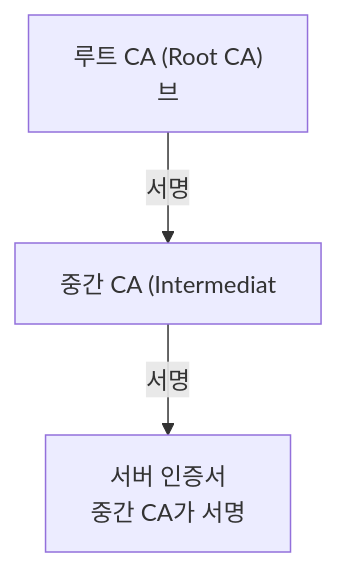
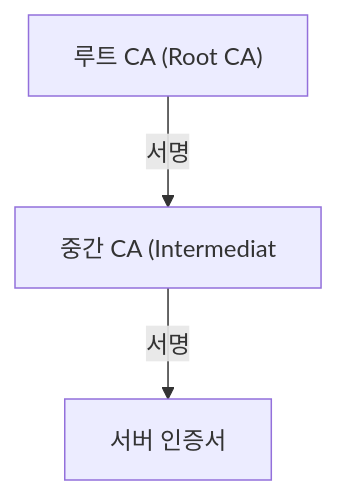
Before and after one commit to yjkim2015/yjkim2015.github.io: the third of 7 diagrams in _posts/network/2026-05-03-https-tls.md, drawn with Mermaid. The commit also changed other lines of this file and 217 other files, not shown here.

First line of the commit message:
Mermaid 크기 수정: useMaxWidth:true + SVG max-width:100% + 라벨 축소

````diff
--- a/_posts/network/2026-05-03-https-tls.md
+++ b/_posts/network/2026-05-03-https-tls.md
@@ -110,8 +110,8 @@
 ```mermaid
 graph TD
-    Root["루트 CA (Root CA)\n브"]
+    Root["루트 CA (Root CA)"]
     Inter["중간 CA (Intermediat"]
-    Server["서버 인증서\n중간 CA가 서명"]
+    Server["서버 인증서"]
     Root -->|"서명"| Inter
     Inter -->|"서명"| Server
 ```
````
